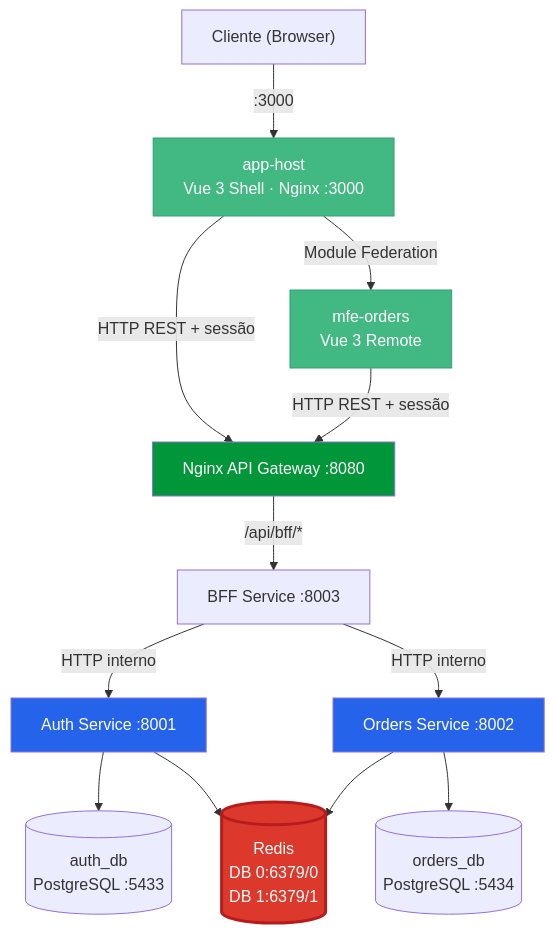
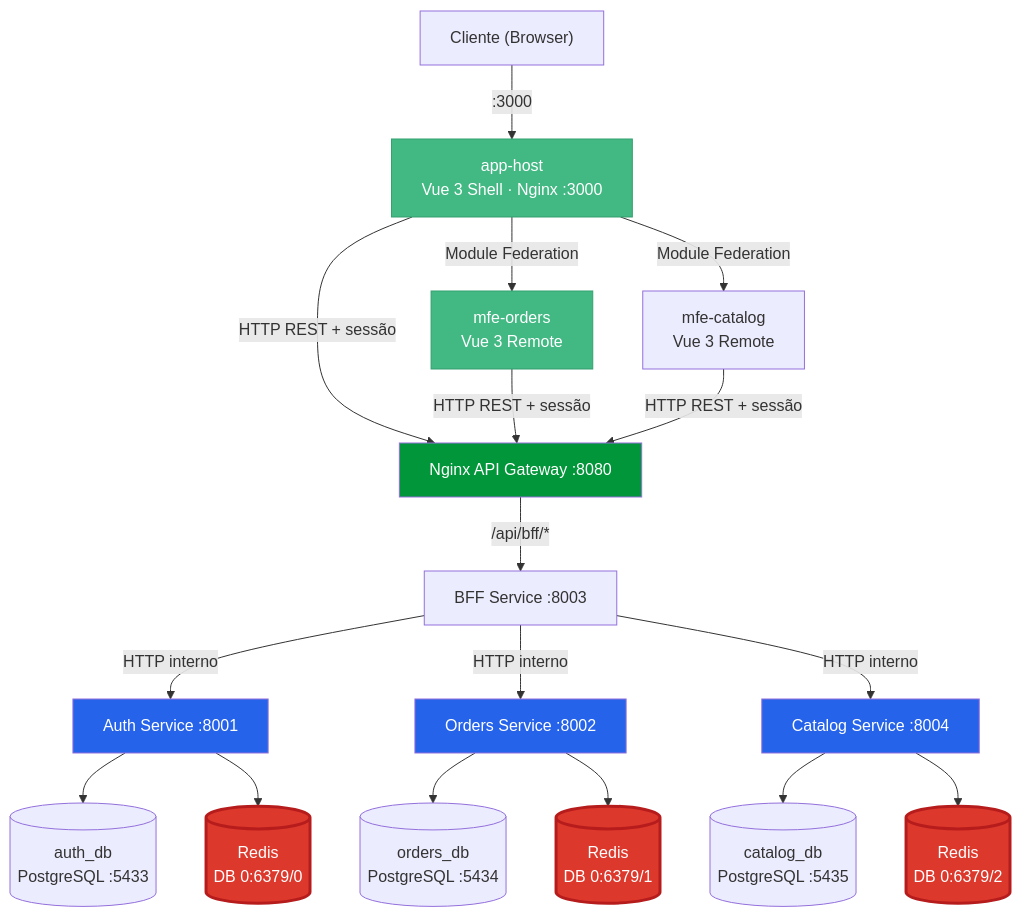
One commit to MatheusNascimentoti99/Desafio-CasaCivil changed the first of 2 diagrams in README.md. Above: the diagram before and after it, drawn with Mermaid. The commit also changed other lines of this file, not shown here.

Commit message:
docs: Update components diagram

````diff
--- a/README.md
+++ b/README.md
@@ -12,27 +12,37 @@
 ```mermaid
 graph TD
     Client["Cliente (Browser)"]
 
     Client -->|":3000"| AppHost["app-host\nVue 3 Shell · Nginx :3000"]
     AppHost -->|"Module Federation"| MfeOrders["mfe-orders\nVue 3 Remote"]
+    AppHost -->|"Module Federation"| MfeCatalog["mfe-catalog\nVue 3 Remote"]
 
     AppHost -->|"HTTP REST + sessão"| Nginx["Nginx API Gateway :8080"]
     MfeOrders -->|"HTTP REST + sessão"| Nginx
+    MfeCatalog -->|"HTTP REST + sessão"| Nginx
 
     Nginx -->|"/api/bff/*"| BFF["BFF Service :8003"]
     BFF -->|"HTTP interno"| Auth["Auth Service :8001"]
     BFF -->|"HTTP interno"| Orders["Orders Service :8002"]
+    BFF -->|"HTTP interno"| Catalog["Catalog Service :8004"]
 
     Auth --> AuthDB[("auth_db <br> PostgreSQL :5433")]
-    Auth --> Redis[("Redis <br> DB 0:6379/0 <br> DB 1:6379/1")]
 
     Orders --> OrdersDB[("orders_db <br> PostgreSQL :5434")]
-    Orders --> Redis
+
+    Catalog --> CatalogDB[("catalog_db <br> PostgreSQL :5435")]
+    
+    Auth --> Redis0[("Redis <br> DB 0:6379/0")]
+    Orders --> Redis1[("Redis <br> DB 0:6379/1")]
+    Catalog --> Redis2[("Redis <br> DB 0:6379/2")]
 
     style AppHost   fill:#42b883,color:#fff,stroke:#33a06f
     style MfeOrders fill:#42b883,color:#fff,stroke:#33a06f
-    style Redis     fill:#dc382c,color:#fff,stroke:#b71c1c,stroke-width:3px
     style Nginx     fill:#009639,color:#fff
     style Auth      fill:#2563eb,color:#fff
     style Orders    fill:#2563eb,color:#fff
+    style Catalog   fill:#2563eb,color:#fff
+    style Redis0    fill:#dc382c,color:#fff,stroke:#b71c1c,stroke-width:3px
+    style Redis1    fill:#dc382c,color:#fff,stroke:#b71c1c,stroke-width:3px
+    style Redis2    fill:#dc382c,color:#fff,stroke:#b71c1c,stroke-width:3px
 ```
````
